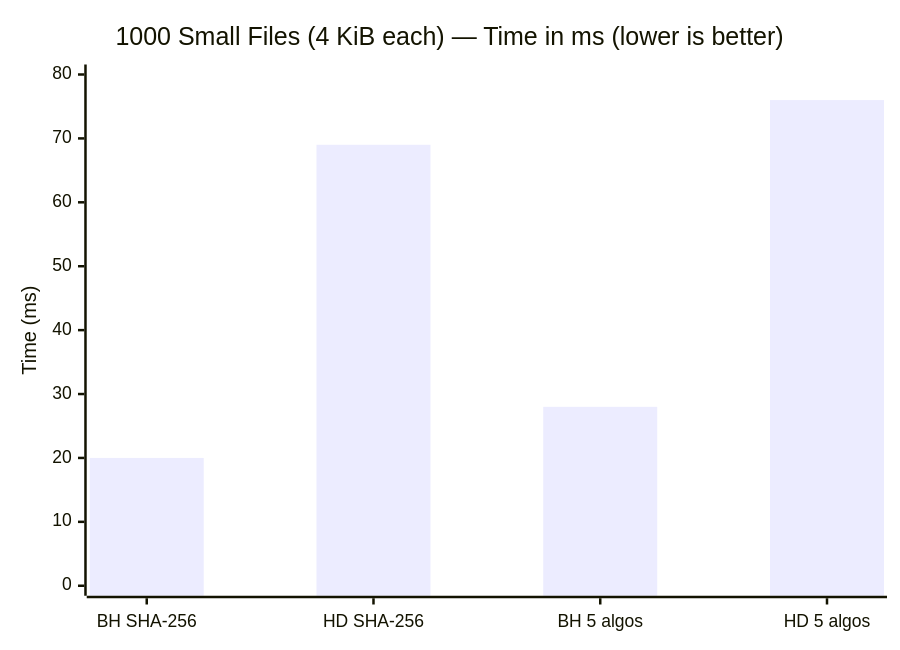
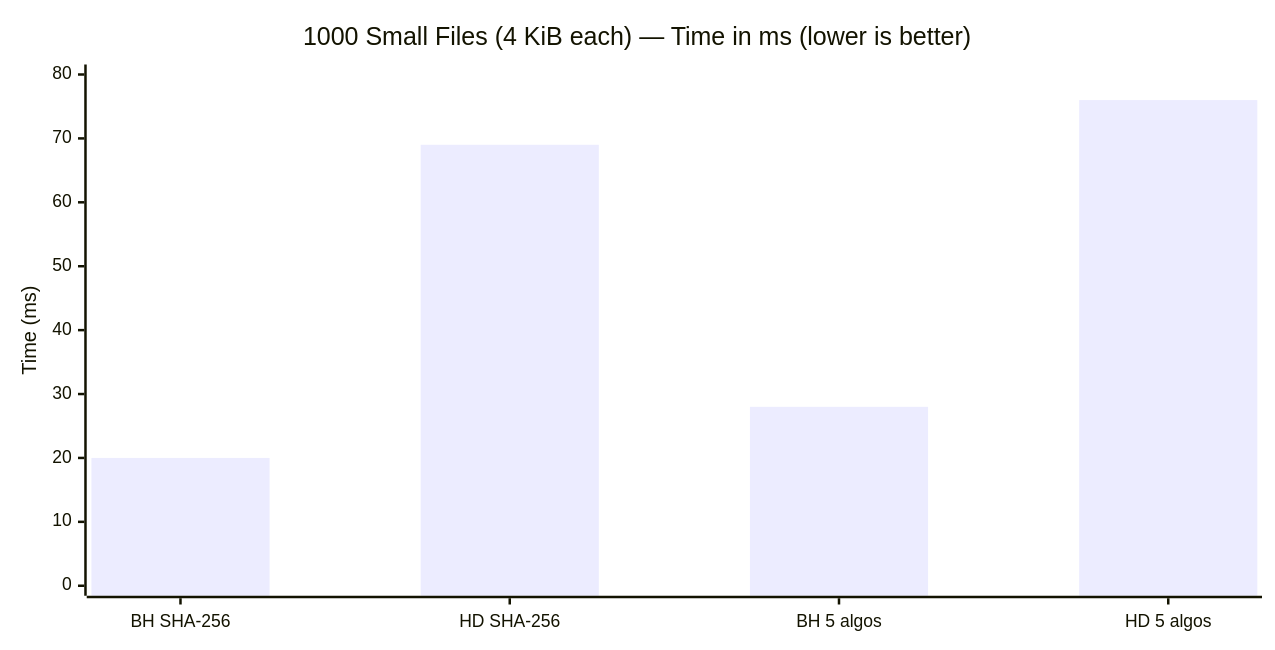
The third of 6 diagrams in docs/benchmarks.md (SecurityRonin/blazehash), drawn with Mermaid before and after one commit. The commit also changed other lines of this file, not shown here.

Commit message:
docs: set all benchmark charts to consistent 1000px width

````diff
--- a/docs/benchmarks.md
+++ b/docs/benchmarks.md
@@ -85,7 +90,12 @@
 ```mermaid
+---
+config:
+    xyChart:
+        width: 1000
+---
 xychart-beta
     title "1000 Small Files (4 KiB each) — Time in ms (lower is better)"
     x-axis ["BH SHA-256", "HD SHA-256", "BH 5 algos", "HD 5 algos"]
     y-axis "Time (ms)" 0 --> 80
     bar [20, 69, 28, 76]
 ```
````
